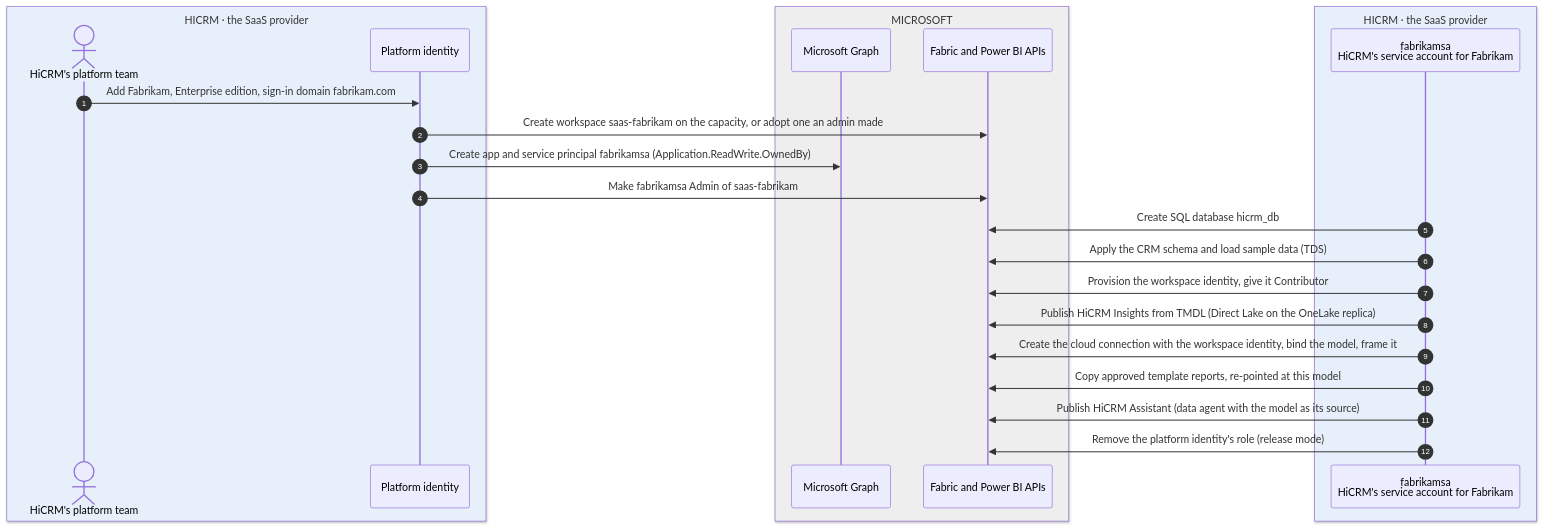
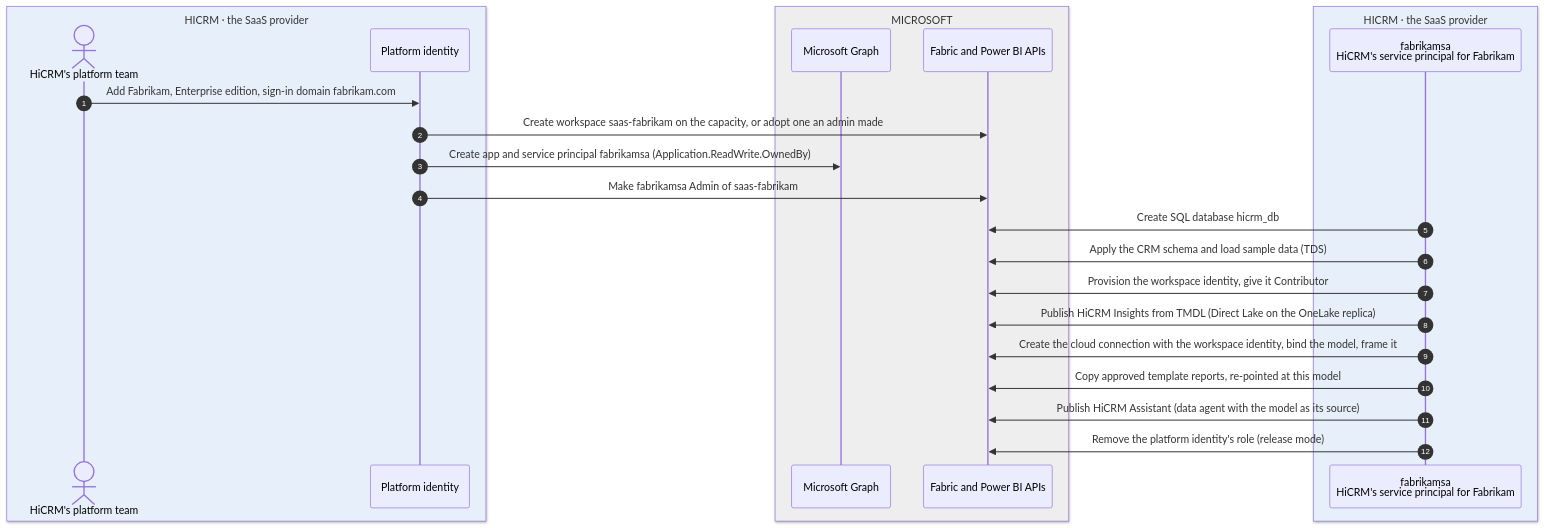
The fourth of 7 diagrams in saas-platform/ARCHITECTURE.md (apkola29/fabric), drawn with Mermaid before and after one commit. The commit also changed other lines of this file and 29 other files, not shown here.

First line of the commit message:
saas-platform: View as personas, a diagrams page and validation fixes

````diff
--- a/saas-platform/ARCHITECTURE.md
+++ b/saas-platform/ARCHITECTURE.md
@@ -285,28 +285,28 @@
 ```mermaid
 sequenceDiagram
   autonumber
   box rgb(231,240,250) HICRM · the SaaS provider
     actor Ops as HiCRM's platform team
     participant P as Platform identity
   end
   box rgb(238,238,238) MICROSOFT
     participant G as Microsoft Graph
     participant F as Fabric and Power BI APIs
   end
   box rgb(231,240,250) HICRM · the SaaS provider
-    participant SA as fabrikamsa<br/>HiCRM's service account for Fabrikam
+    participant SA as fabrikamsa<br/>HiCRM's service principal for Fabrikam
   end
 
   Ops->>P: Add Fabrikam, Enterprise edition, sign-in domain fabrikam.com
   P->>F: Create workspace saas-fabrikam on the capacity, or adopt one an admin made
   P->>G: Create app and service principal fabrikamsa (Application.ReadWrite.OwnedBy)
   P->>F: Make fabrikamsa Admin of saas-fabrikam
   SA->>F: Create SQL database hicrm_db
   SA->>F: Apply the CRM schema and load sample data (TDS)
   SA->>F: Provision the workspace identity, give it Contributor
   SA->>F: Publish HiCRM Insights from TMDL (Direct Lake on the OneLake replica)
   SA->>F: Create the cloud connection with the workspace identity, bind the model, frame it
   SA->>F: Copy approved template reports, re-pointed at this model
   SA->>F: Publish HiCRM Assistant (data agent with the model as its source)
   SA->>F: Remove the platform identity's role (release mode)
 ```
````
